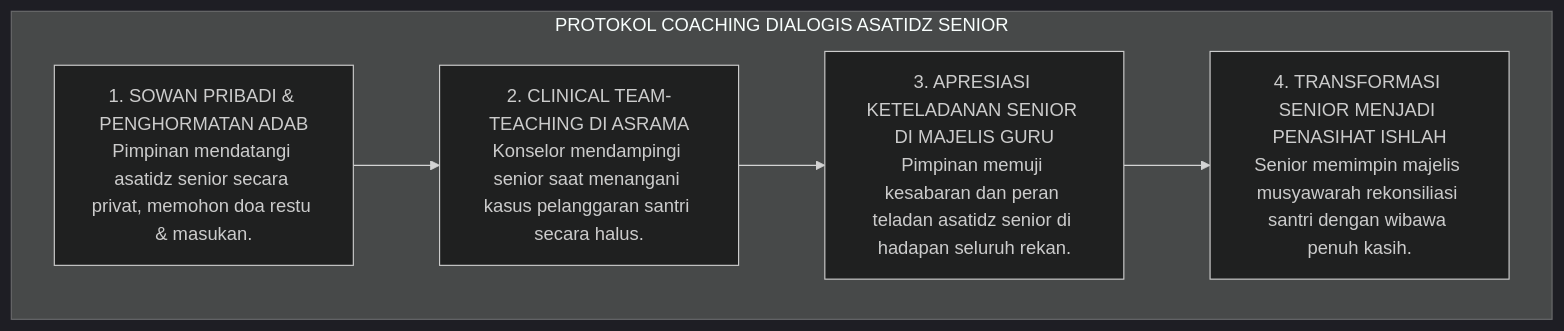
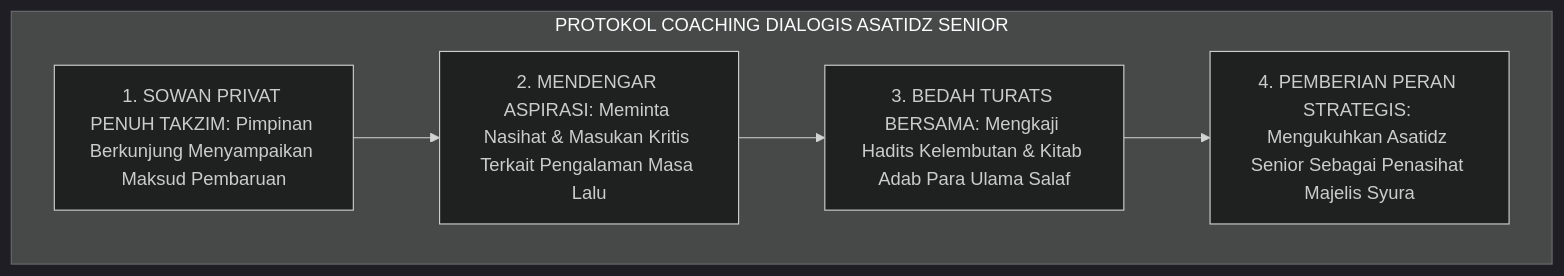
One commit to wandiapriliyandi/tumbuh changed the fourth of 4 diagrams in 01 Philosophy/06 Change/P1-06-05-Manajemen-Resistensi-Kultural-Perubahan-Pesantren.md. Above: the diagram before and after it, drawn with Mermaid (dark theme). The commit also changed other lines of this file and 7 other files, not shown here.

````diff
--- a/01 Philosophy/06 Change/P1-06-05-Manajemen-Resistensi-Kultural-Perubahan-Pesantren.md
+++ b/01 Philosophy/06 Change/P1-06-05-Manajemen-Resistensi-Kultural-Perubahan-Pesantren.md
@@ -202,14 +178,9 @@
 ```mermaid
 flowchart TD
-    subgraph SOPPendampinganTransisiSenior["PROTOKOL COACHING DIALOGIS ASATIDZ SENIOR"]
-        SowanPrivat["1. SOWAN PRIBADI & PENGHORMATAN ADAB<br/>Pimpinan mendatangi asatidz senior secara privat, memohon doa restu & masukan."]
-        
-        CoachingRakan["2. CLINICAL TEAM-TEACHING DI ASRAMA<br/>Konselor mendampingi senior saat menangani kasus pelanggaran santri secara halus."]
-        
-        ApresiasiTerbuka["3. APRESIASI KETELADANAN SENIOR DI MAJELIS GURU<br/>Pimpinan memuji kesabaran dan peran teladan asatidz senior di hadapan seluruh rekan."]
-        
-        IntegrasiTradisi["4. TRANSFORMASI SENIOR MENJADI PENASIHAT ISHLAH<br/>Senior memimpin majelis musyawarah rekonsiliasi santri dengan wibawa penuh kasih."]
-        
-        SowanPrivat --> CoachingRakan --> ApresiasiTerbuka --> IntegrasiTradisi
+    subgraph ProtokolCoachingSenior["PROTOKOL COACHING DIALOGIS ASATIDZ SENIOR"]
+        SowanPrivat["1. SOWAN PRIVAT PENUH TAKZIM: Pimpinan Berkunjung Menyampaikan Maksud Pembaruan"]
+        --> DengarAspirasi["2. MENDENGAR ASPIRASI: Meminta Nasihat & Masukan Kritis Terkait Pengalaman Masa Lalu"]
+        --> BedahTurats["3. BEDAH TURATS BERSAMA: Mengkaji Hadits Kelembutan & Kitab Adab Para Ulama Salaf"]
+        --> AmanahKehormatan["4. PEMBERIAN PERAN STRATEGIS: Mengukuhkan Asatidz Senior Sebagai Penasihat Majelis Syura"]
     end
 ```
````
